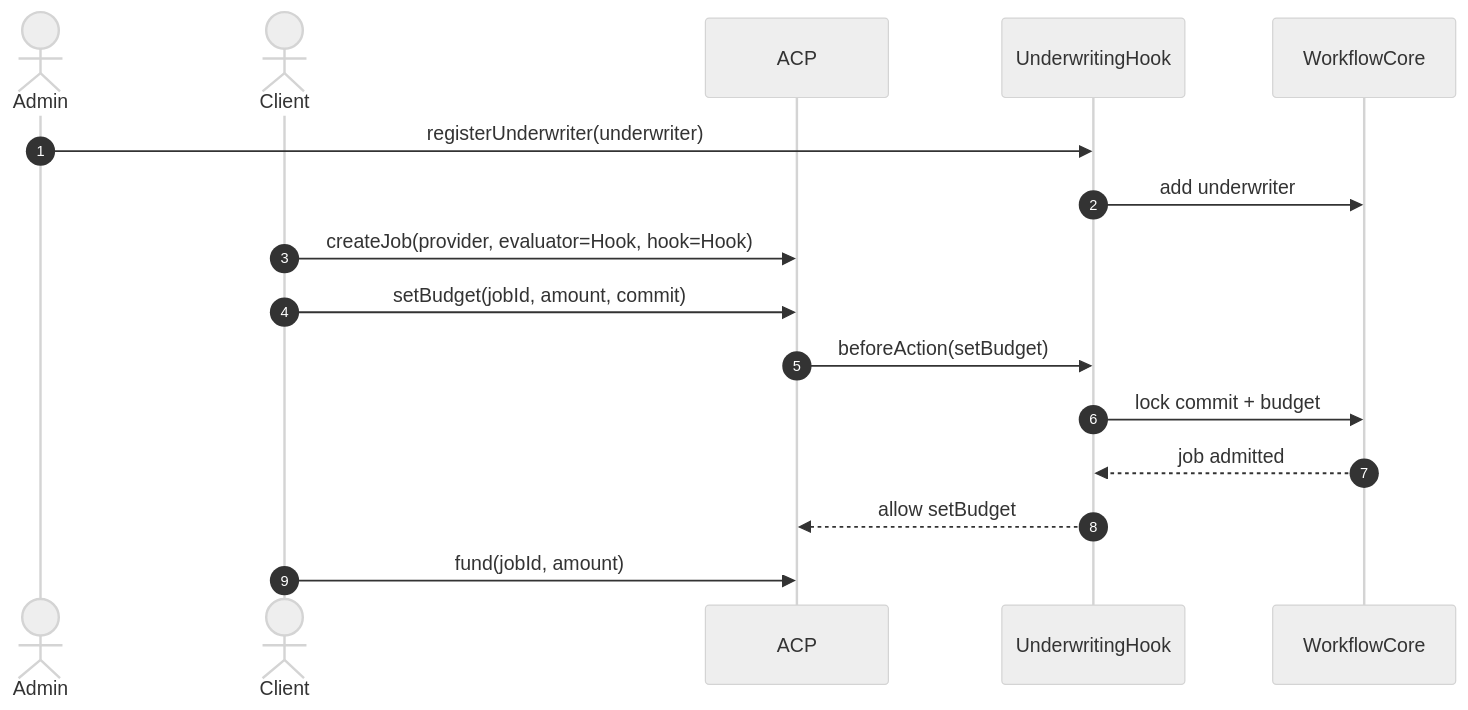
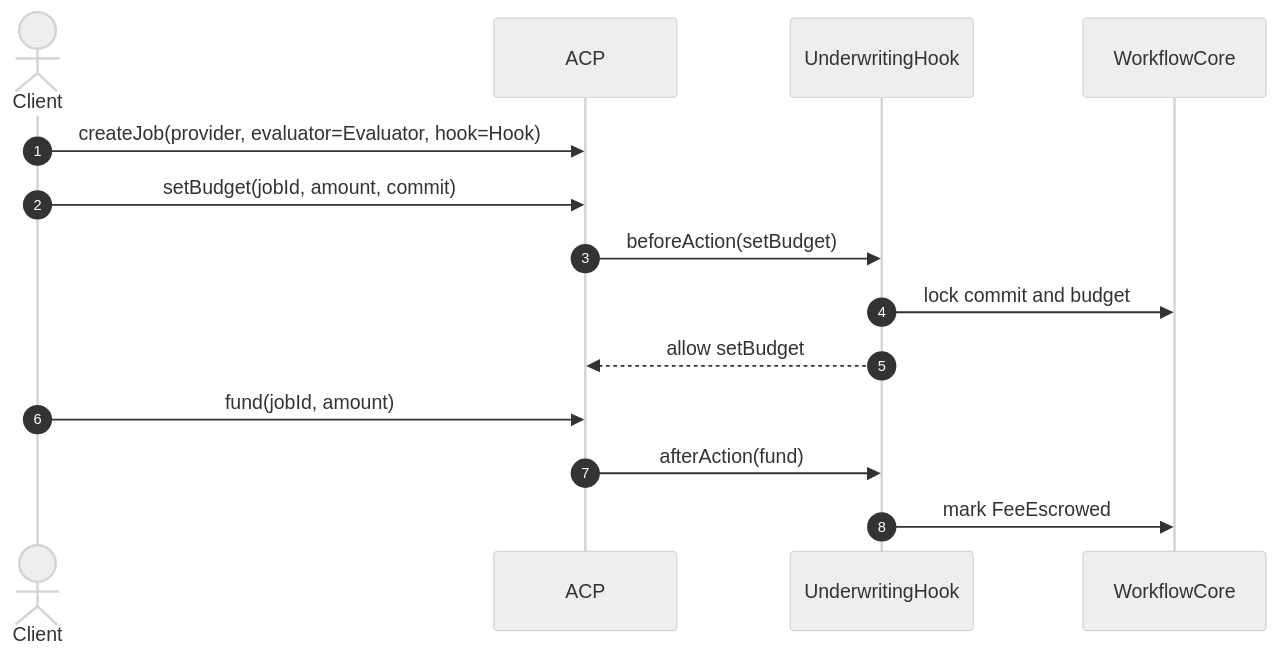
The second of 6 diagrams in docs/underwriting-hook-example-sequence.md (tsubasakong/hook-contracts), drawn with Mermaid (neutral theme) before and after one commit. The commit also changed other lines of this file and 13 other files, not shown here.

````diff
--- a/docs/underwriting-hook-example-sequence.md
+++ b/docs/underwriting-hook-example-sequence.md
@@ -25,19 +42,17 @@
 ```mermaid
 sequenceDiagram
     autonumber
-    actor Admin
     actor Client
     participant ACP as ACP
     participant Hook as UnderwritingHook
     participant Flow as WorkflowCore
 
-    Admin->>Hook: registerUnderwriter(underwriter)
-    Hook->>Flow: add underwriter
-    Client->>ACP: createJob(provider, evaluator=Hook, hook=Hook)
+    Client->>ACP: createJob(provider, evaluator=Evaluator, hook=Hook)
     Client->>ACP: setBudget(jobId, amount, commit)
     ACP->>Hook: beforeAction(setBudget)
-    Hook->>Flow: lock commit + budget
-    Flow-->>Hook: job admitted
+    Hook->>Flow: lock commit and budget
     Hook-->>ACP: allow setBudget
     Client->>ACP: fund(jobId, amount)
+    ACP->>Hook: afterAction(fund)
+    Hook->>Flow: mark FeeEscrowed
 ```
````
